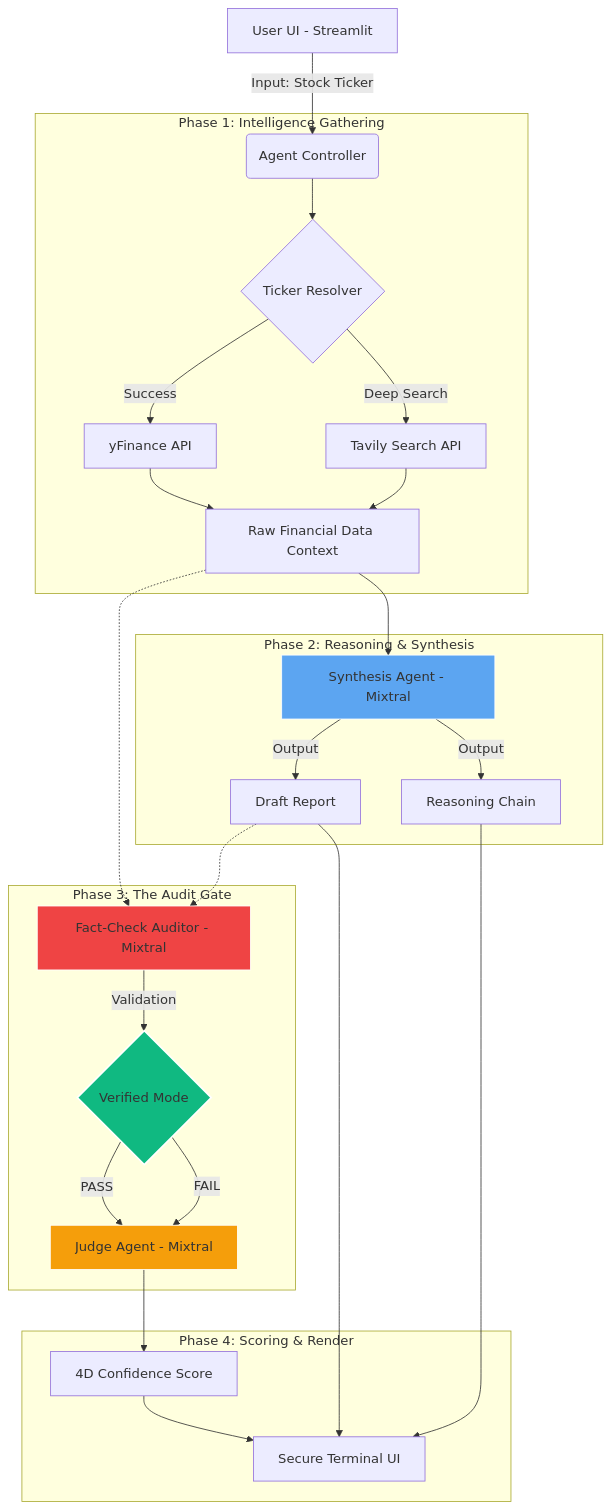
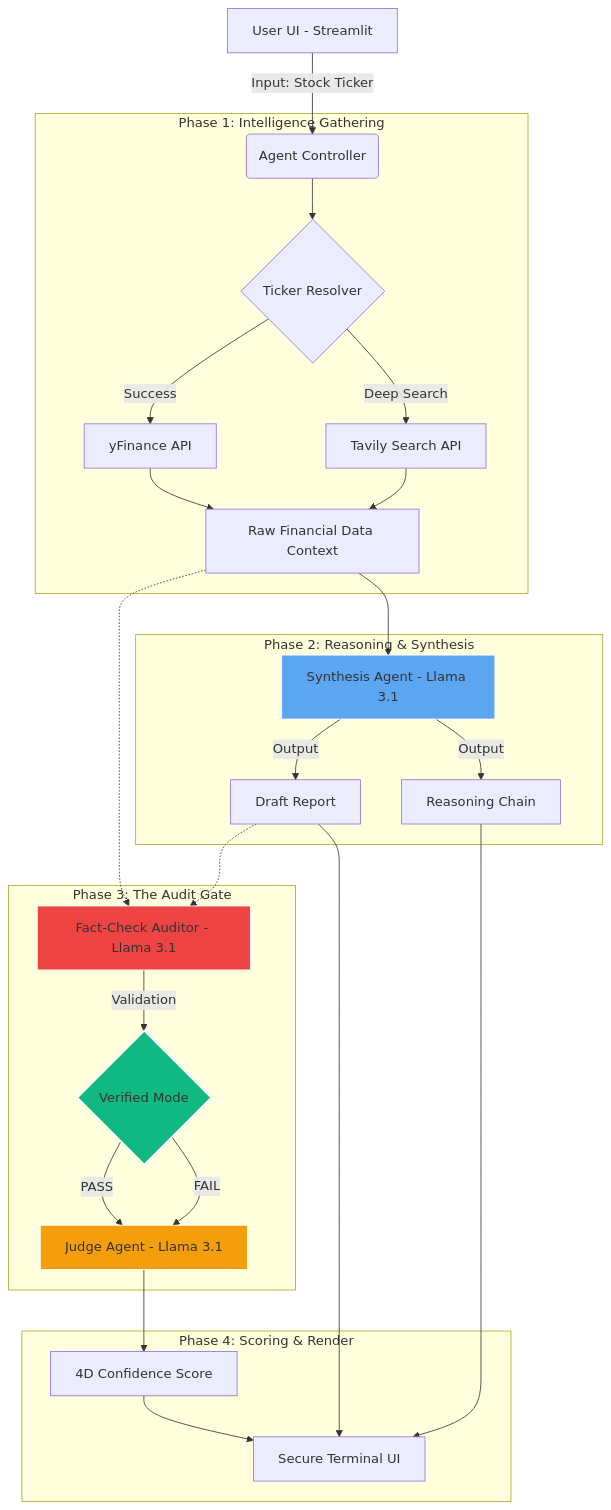
One commit to Rudreshhh-rude/OE-agenticAI changed the diagram in README.md. Above: the diagram before and after it, drawn with Mermaid. The commit also changed other lines of this file, not shown here.

````diff
--- a/README.md
+++ b/README.md
@@ -9,38 +19,38 @@
 ```mermaid
 graph TD
     A[User UI - Streamlit] -->|Input: Stock Ticker| B(Agent Controller)
     
     subgraph "Phase 1: Intelligence Gathering"
         B --> C{Ticker Resolver}
         C -->|Success| D[yFinance API]
         C -->|Deep Search| E[Tavily Search API]
         D --> F[Raw Financial Data Context]
         E --> F
     end
 
     subgraph "Phase 2: Reasoning & Synthesis"
-        F --> G[Synthesis Agent - Mixtral]
+        F --> G[Synthesis Agent - Llama 3.1]
         G -->|Output| H[<audit_trace> Reasoning Chain]
         G -->|Output| I[<report_json> Draft Report]
     end
 
     subgraph "Phase 3: The Audit Gate"
-        F -.-> J[Fact-Check Auditor - Mixtral]
+        F -.-> J[Fact-Check Auditor - Llama 3.1]
         I -.-> J
         J -->|Validation| K{Verified Mode}
-        K -->|PASS| L[Judge Agent - Mixtral]
+        K -->|PASS| L[Judge Agent - Llama 3.1]
         K -->|FAIL| L
     end
 
     subgraph "Phase 4: Scoring & Render"
         L --> M[4D Confidence Score]
         M --> N[Secure Terminal UI]
         I --> N
         H --> N
     end
 
     style K fill:#10B981,stroke:#fff,stroke-width:2px;
     style G fill:#5CA5F1,stroke:#fff,stroke-width:1px;
     style J fill:#EF4444,stroke:#fff,stroke-width:1px;
     style L fill:#F59E0B,stroke:#fff,stroke-width:1px;
 ```
````
